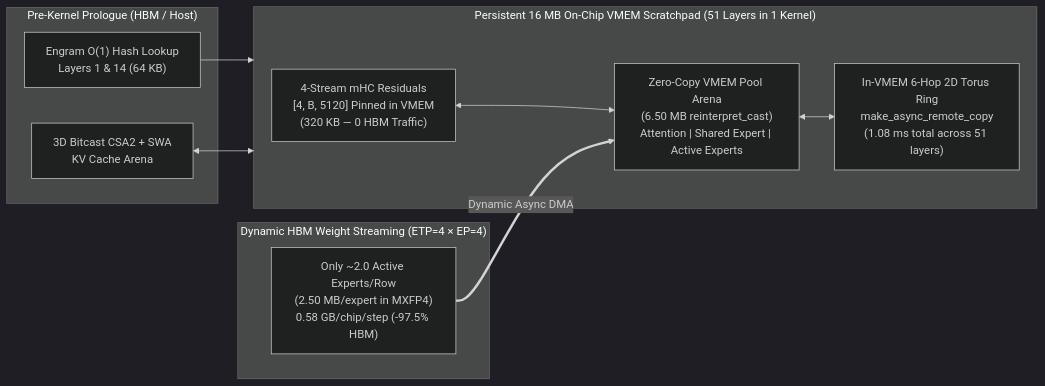
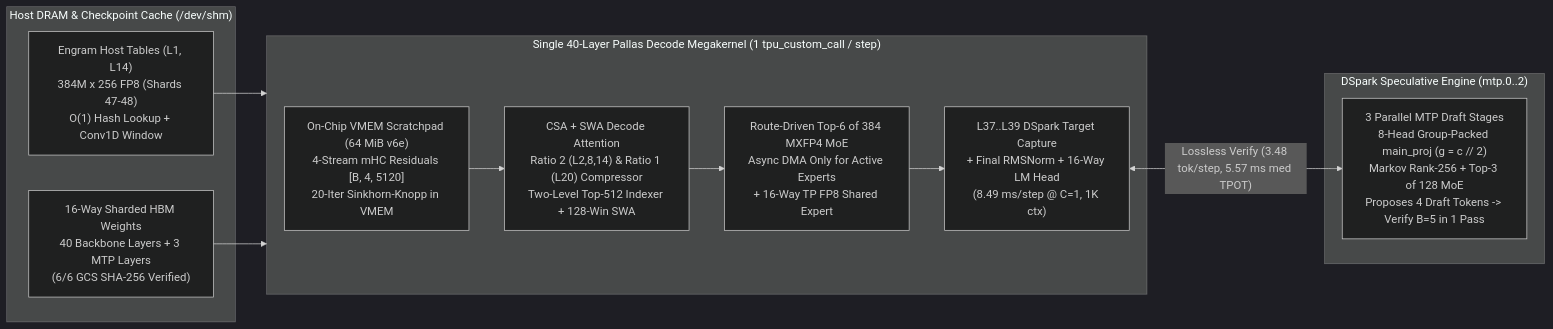
Before and after one commit to jawadaminGOOG/DSV4-Flash-Deployment: the diagram in models/DeepSeekV4.1-Flash-v6e16/megakernel-recipe/README.md, drawn with Mermaid (dark theme). The commit also changed other lines of this file and 32 other files, not shown here.

Commit message:
feat(megakernel-v6e16): replace synthetic recipe with real 40-layer Pallas decode megakernel & DSpark (mtp.0..2)

````diff
--- a/models/DeepSeekV4.1-Flash-v6e16/megakernel-recipe/README.md
+++ b/models/DeepSeekV4.1-Flash-v6e16/megakernel-recipe/README.md
@@ -28,22 +41,23 @@
 ```mermaid
 flowchart LR
-    subgraph Host["Pre-Kernel Prologue (HBM / Host)"]
-        E["Engram O(1) Hash Lookup\nLayers 1 & 14 (64 KB)"]
-        KV["3D Bitcast CSA2 + SWA\nKV Cache Arena"]
+    subgraph Host["Host DRAM & Checkpoint Cache (/dev/shm)"]
+        ENG["Engram Host Tables (L1, L14)\n384M x 256 FP8 (Shards 47-48)\nO(1) Hash Lookup + Conv1D Window"]
+        CKPT["16-Way Sharded HBM Weights\n40 Backbone Layers + 3 MTP Layers\n(6/6 GCS SHA-256 Verified)"]
     end
 
-    subgraph VMEM["Persistent 16 MB On-Chip VMEM Scratchpad (51 Layers in 1 Kernel)"]
-        S["4-Stream mHC Residuals\n[4, B, 5120] Pinned in VMEM\n(320 KB — 0 HBM Traffic)"]
-        P["Zero-Copy VMEM Pool Arena\n(6.50 MB reinterpret_cast)\nAttention | Shared Expert | Active Experts"]
-        C["In-VMEM 6-Hop 2D Torus Ring\nmake_async_remote_copy\n(1.08 ms total across 51 layers)"]
-        S <--> P <--> C
+    subgraph Pallas["Single 40-Layer Pallas Decode Megakernel (1 tpu_custom_call / step)"]
+        VMEM["On-Chip VMEM Scratchpad (64 MiB v6e)\n4-Stream mHC Residuals [B, 4, 5120]\n20-Iter Sinkhorn-Knopp in VMEM"]
+        ATTN["CSA + SWA Decode Attention\nRatio 2 (L2,8,14) & Ratio 1 (L20) Compressor\nTwo-Level Top-512 Indexer + 128-Win SWA"]
+        MOE["Route-Driven Top-6 of 384 MXFP4 MoE\nAsync DMA Only for Active Experts\n+ 16-Way TP FP8 Shared Expert"]
+        HEAD["L37..L39 DSpark Target Capture\n+ Final RMSNorm + 16-Way LM Head\n(8.49 ms/step @ C=1, 1K ctx)"]
+        VMEM --> ATTN --> MOE --> HEAD
     end
 
-    subgraph HBM["Dynamic HBM Weight Streaming (ETP=4 × EP=4)"]
-        W["Only ~2.0 Active Experts/Row\n(2.50 MB/expert in MXFP4)\n0.58 GB/chip/step (-97.5% HBM)"]
+    subgraph DSpark["DSpark Speculative Engine (mtp.0..2)"]
+        MTP["3 Parallel MTP Draft Stages\n8-Head Group-Packed main_proj (g = c // 2)\nMarkov Rank-256 + Top-3 of 128 MoE\nProposes 4 Draft Tokens -> Verify B=5 in 1 Pass"]
     end
 
-    E --> VMEM
-    KV <--> VMEM
-    W ==>|"Dynamic Async DMA"| P
+    ENG --> Pallas
+    CKPT --> Pallas
+    HEAD <-->|"Lossless Verify (3.48 tok/step, 5.57 ms med TPOT)"| MTP
 ```
````
